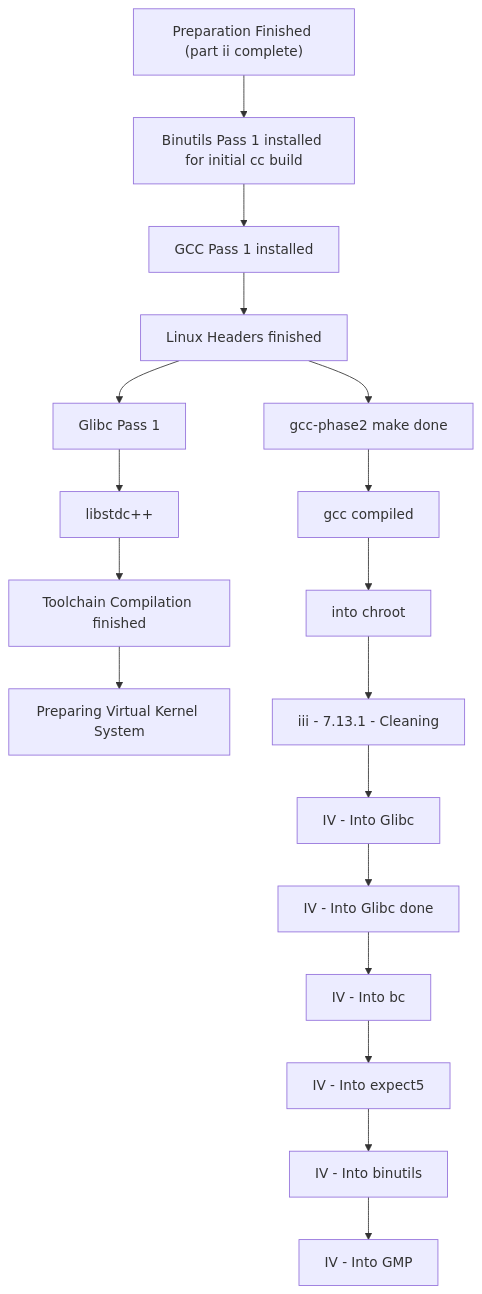
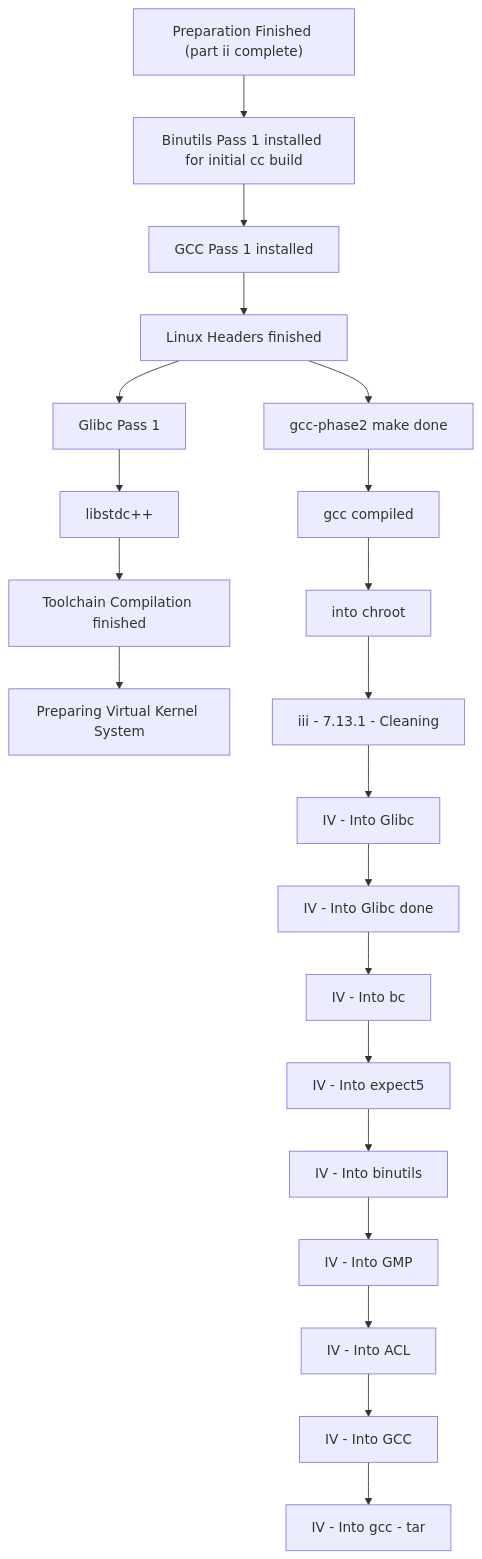
The diagram in snapshots.md (Somayyah/lfs), drawn with Mermaid before and after one commit.

Commit message:
IV - Into gcc - tar

````diff
--- a/snapshots.md
+++ b/snapshots.md
@@ -5,27 +5,30 @@
 ```mermaid
 flowchart TD;
     A["Preparation Finished (part ii complete)"]
     B["Binutils Pass 1 installed for initial cc build"]
     C["GCC Pass 1 installed"]
     D["Linux Headers finished"]
     E["Glibc Pass 1"]
     F["libstdc++"]
     G["Toolchain Compilation finished"]
     H["Preparing Virtual Kernel System"]
 
     D2["gcc-phase2 make done"]
 	E2["gcc compiled"]
 	F2["into chroot"]
 	G2["iii - 7.13.1 - Cleaning"]
 	H2["IV - Into Glibc"]
 	I2["IV - Into Glibc done"]
 	J2["IV - Into bc"]
 	K2["IV - Into expect5"]
 	L2["IV - Into binutils"]
 	M2["IV - Into GMP"]
-	
+	N2["IV - Into ACL"]
+	O2["IV - Into GCC"]
+	P2["IV - Into gcc - tar"]
+
 	
 	
     A --> B --> C --> D --> E --> F --> G --> H;
-    D --> D2 --> E2 --> F2 --> G2 --> H2 --> I2 --> J2 --> K2 --> L2 --> M2;
+    D --> D2 --> E2 --> F2 --> G2 --> H2 --> I2 --> J2 --> K2 --> L2 --> M2 --> N2 --> O2 --> P2;
 ```
````
